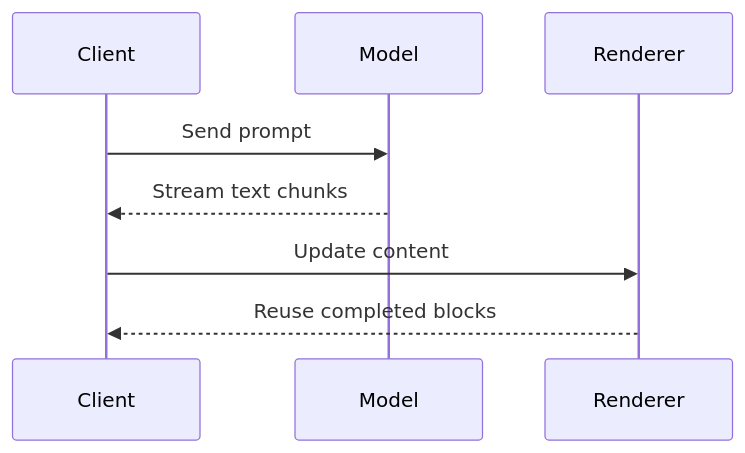
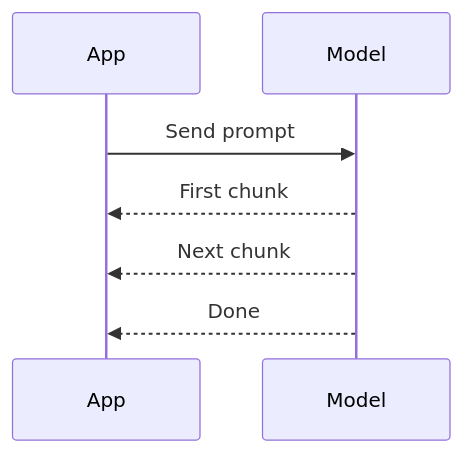
The second of 4 diagrams in playground/nuxt/app/markdown/landing-page.md (jinghaihan/vue-stream-markdown), drawn with Mermaid before and after one commit. The commit also changed other lines of this file and 1 other file, not shown here.

Commit message:
docs(playground): refresh landing page and mermaid examples

````diff
--- a/playground/nuxt/app/markdown/landing-page.md
+++ b/playground/nuxt/app/markdown/landing-page.md
@@ -150,11 +225,9 @@
 ```mermaid
 sequenceDiagram
-    participant Client
+    participant App
     participant Model
-    participant Renderer
-
-    Client->>Model: Send prompt
-    Model-->>Client: Stream text chunks
-    Client->>Renderer: Update content
-    Renderer-->>Client: Reuse completed blocks
+    App->>Model: Send prompt
+    Model-->>App: First chunk
+    Model-->>App: Next chunk
+    Model-->>App: Done
 ```
````
